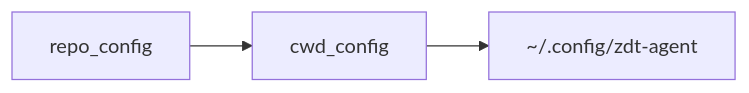
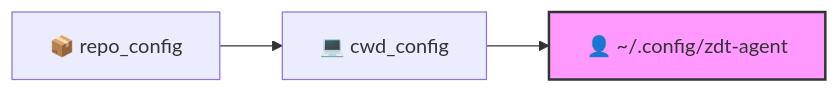
One commit to zeroDtree/agent changed the diagram in README.md. Above: the diagram before and after it, drawn with Mermaid. The commit also changed other lines of this file, not shown here.

````diff
--- a/README.md
+++ b/README.md
@@ -78,5 +104,6 @@
 ```mermaid
 flowchart LR
-  repoConfig[repo_config] --> runtimeConfig[cwd_config]
-  runtimeConfig --> userConfig["~/.config/zdt-agent"]
+  A[📦 repo_config] --> B[💻 cwd_config]
+  B --> C["👤 ~/.config/zdt-agent"]
+  style C fill:#f9f,stroke:#333,stroke-width:2px
 ```
````
